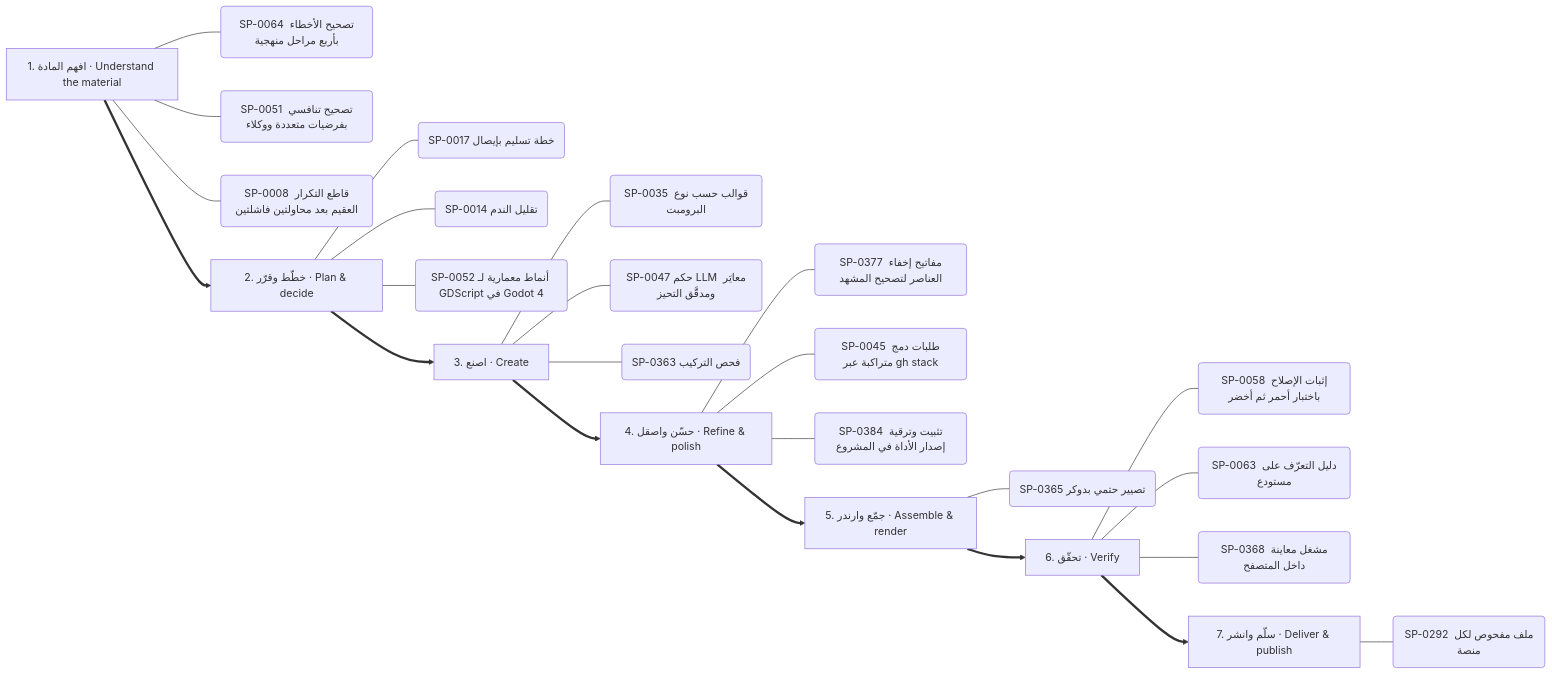
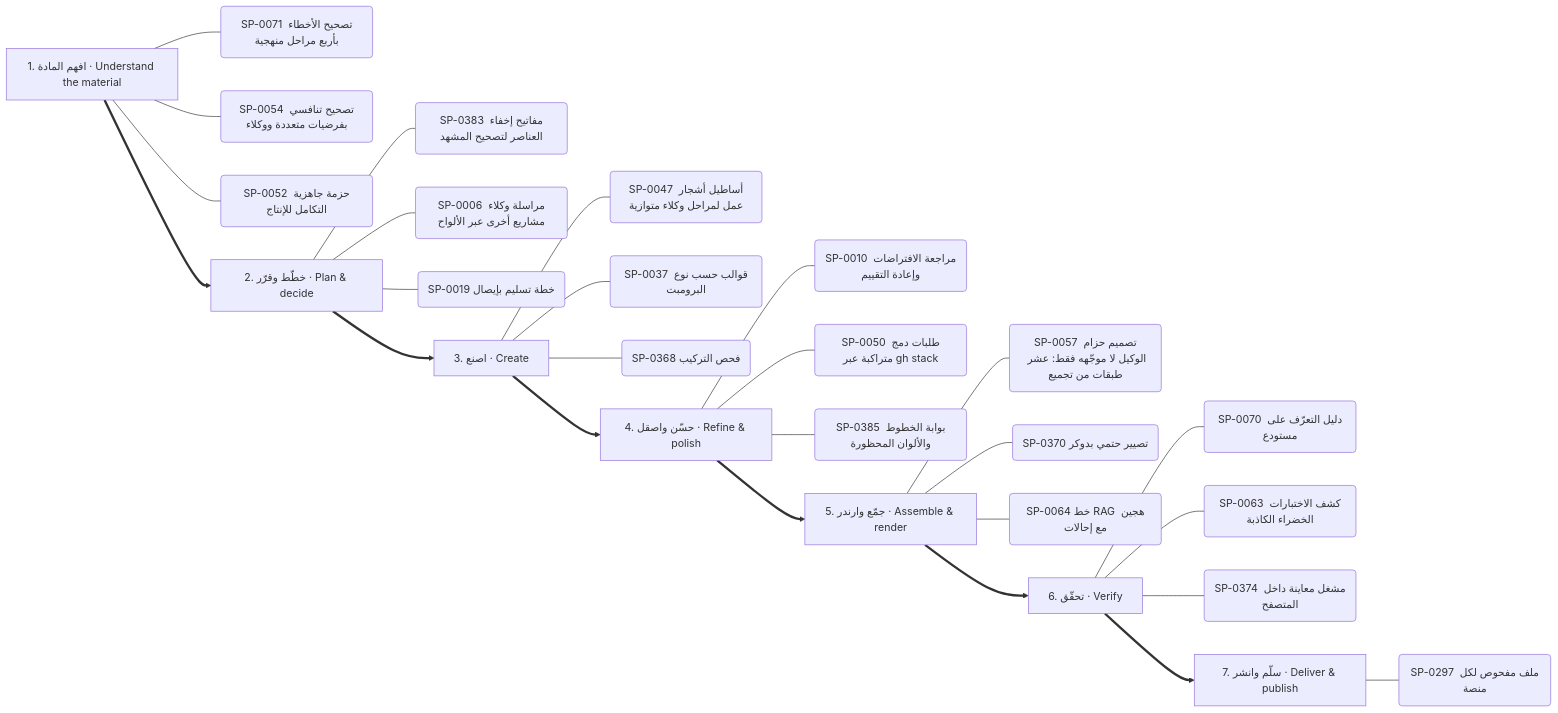
One commit to kosif199022-jpg/kosif-tool changed the tenth of 13 diagrams in .claude/skills/kosif-superpowers/references/capability-mindmap.md. Above: the diagram before and after it, drawn with Mermaid. The commit also changed other lines of this file and 1314 other files, not shown here.

````diff
--- a/.claude/skills/kosif-superpowers/references/capability-mindmap.md
+++ b/.claude/skills/kosif-superpowers/references/capability-mindmap.md
@@ -505,33 +509,35 @@
 ```mermaid
 flowchart LR
   S0["1. افهم المادة · Understand the material"]
-  S0 --- S0_0("SP-0064 تصحيح الأخطاء بأربع مراحل منهجية")
-  S0 --- S0_1("SP-0051 تصحيح تنافسي بفرضيات متعددة ووكلاء")
-  S0 --- S0_2("SP-0008 قاطع التكرار العقيم بعد محاولتين فاشلتين")
+  S0 --- S0_0("SP-0071 تصحيح الأخطاء بأربع مراحل منهجية")
+  S0 --- S0_1("SP-0054 تصحيح تنافسي بفرضيات متعددة ووكلاء")
+  S0 --- S0_2("SP-0052 حزمة جاهزية التكامل للإنتاج")
   S1["2. خطّط وقرّر · Plan & decide"]
-  S1 --- S1_0("SP-0017 خطة تسليم بإيصال")
-  S1 --- S1_1("SP-0014 تقليل الندم")
-  S1 --- S1_2("SP-0052 أنماط معمارية لـ GDScript في Godot 4")
+  S1 --- S1_0("SP-0383 مفاتيح إخفاء العناصر لتصحيح المشهد")
+  S1 --- S1_1("SP-0006 مراسلة وكلاء مشاريع أخرى عبر الألواح")
+  S1 --- S1_2("SP-0019 خطة تسليم بإيصال")
   S0 ==> S1
   S2["3. اصنع · Create"]
-  S2 --- S2_0("SP-0035 قوالب حسب نوع البرومبت")
-  S2 --- S2_1("SP-0047 حكم LLM معايَر ومدقَّق التحيز")
-  S2 --- S2_2("SP-0363 فحص التركيب")
+  S2 --- S2_0("SP-0047 أساطيل أشجار عمل لمراحل وكلاء متوازية")
+  S2 --- S2_1("SP-0037 قوالب حسب نوع البرومبت")
+  S2 --- S2_2("SP-0368 فحص التركيب")
   S1 ==> S2
   S3["4. حسّن واصقل · Refine & polish"]
-  S3 --- S3_0("SP-0377 مفاتيح إخفاء العناصر لتصحيح المشهد")
-  S3 --- S3_1("SP-0045 طلبات دمج متراكبة عبر gh stack")
-  S3 --- S3_2("SP-0384 تثبيت وترقية إصدار الأداة في المشروع")
+  S3 --- S3_0("SP-0010 مراجعة الافتراضات وإعادة التقييم")
+  S3 --- S3_1("SP-0050 طلبات دمج متراكبة عبر gh stack")
+  S3 --- S3_2("SP-0385 بوابة الخطوط والألوان المحظورة")
   S2 ==> S3
   S4["5. جمّع وارندر · Assemble & render"]
-  S4 --- S4_0("SP-0365 تصيير حتمي بدوكر")
+  S4 --- S4_0("SP-0057 تصميم حزام الوكيل لا موجّهه فقط: عشر طبقات من تجميع ")
+  S4 --- S4_1("SP-0370 تصيير حتمي بدوكر")
+  S4 --- S4_2("SP-0064 خط RAG هجين مع إحالات")
   S3 ==> S4
   S5["6. تحقّق · Verify"]
-  S5 --- S5_0("SP-0058 إثبات الإصلاح باختبار أحمر ثم أخضر")
-  S5 --- S5_1("SP-0063 دليل التعرّف على مستودع")
-  S5 --- S5_2("SP-0368 مشغل معاينة داخل المتصفح")
+  S5 --- S5_0("SP-0070 دليل التعرّف على مستودع")
+  S5 --- S5_1("SP-0063 كشف الاختبارات الخضراء الكاذبة")
+  S5 --- S5_2("SP-0374 مشغل معاينة داخل المتصفح")
   S4 ==> S5
   S6["7. سلّم وانشر · Deliver & publish"]
-  S6 --- S6_0("SP-0292 ملف مفحوص لكل منصة")
+  S6 --- S6_0("SP-0297 ملف مفحوص لكل منصة")
   S5 ==> S6
 ```
````
